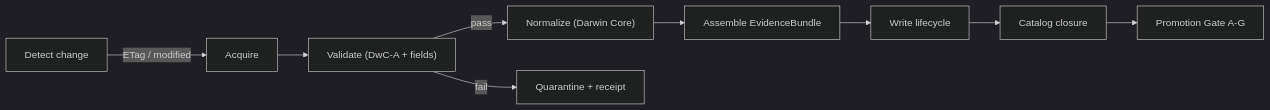
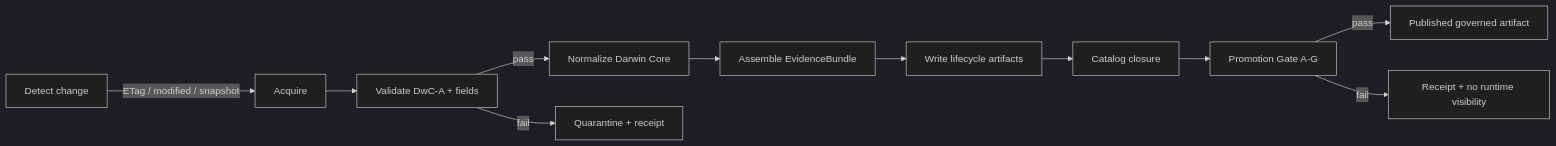
Before and after one commit to bartytime4life/Kansas-Frontier-Matrix: the diagram in pipelines/watchers/kansas_flora_watch/README.md, drawn with Mermaid (dark theme). The commit also changed other lines of this file, not shown here.

````diff
--- a/pipelines/watchers/kansas_flora_watch/README.md
+++ b/pipelines/watchers/kansas_flora_watch/README.md
@@ -133,11 +166,13 @@
 ```mermaid
 flowchart LR
-  A["Detect change"] -->|"ETag / modified"| B["Acquire"]
-  B --> C["Validate (DwC-A + fields)"]
-  C -->|"pass"| D["Normalize (Darwin Core)"]
+  A["Detect change"] -->|"ETag / modified / snapshot"| B["Acquire"]
+  B --> C["Validate DwC-A + fields"]
+  C -->|"pass"| D["Normalize Darwin Core"]
+  C -->|"fail"| X["Quarantine + receipt"]
   D --> E["Assemble EvidenceBundle"]
-  E --> F["Write lifecycle"]
+  E --> F["Write lifecycle artifacts"]
   F --> G["Catalog closure"]
   G --> H["Promotion Gate A-G"]
-  C -->|"fail"| X["Quarantine + receipt"]
+  H -->|"pass"| P["Published governed artifact"]
+  H -->|"fail"| R["Receipt + no runtime visibility"]
 ```
````
